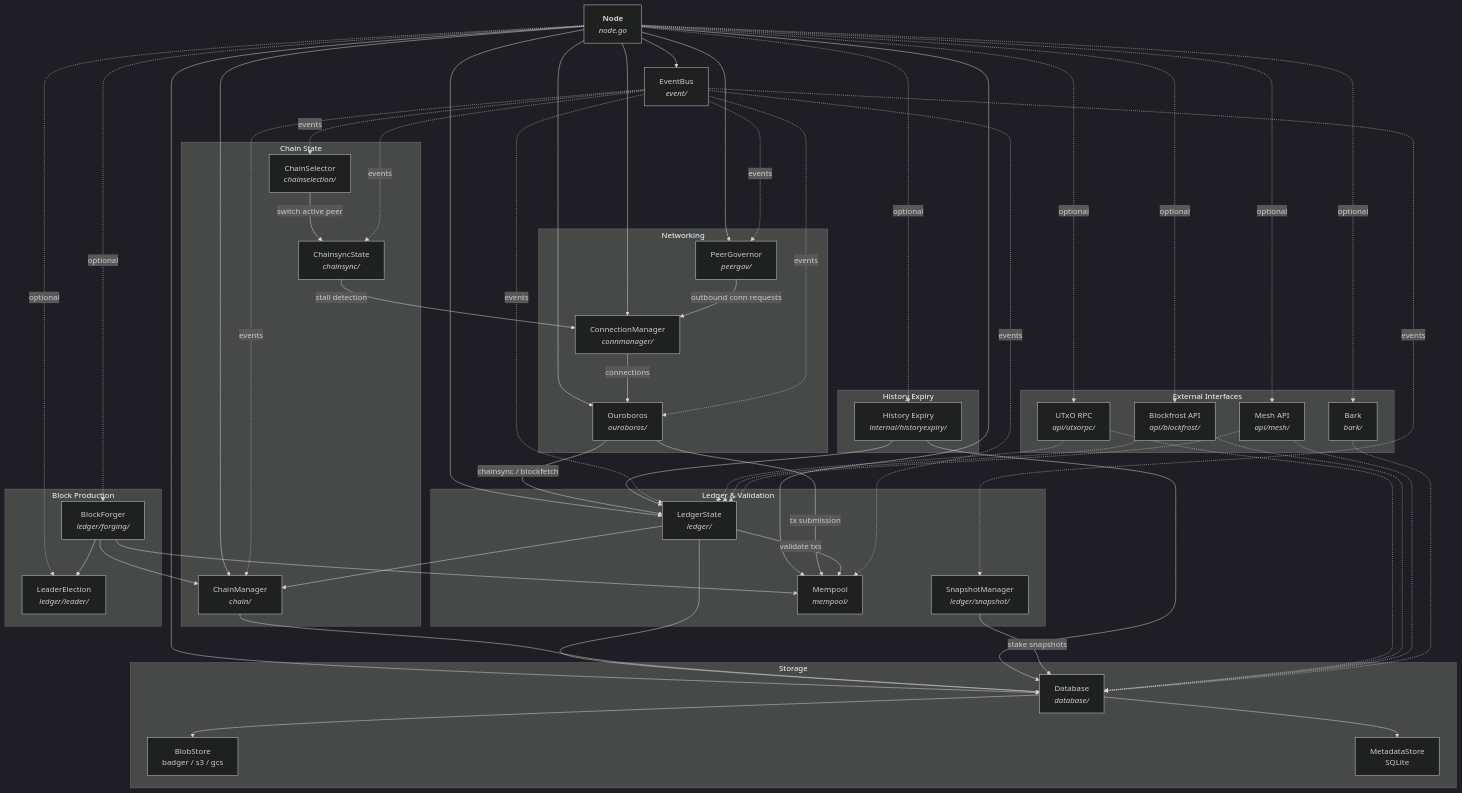
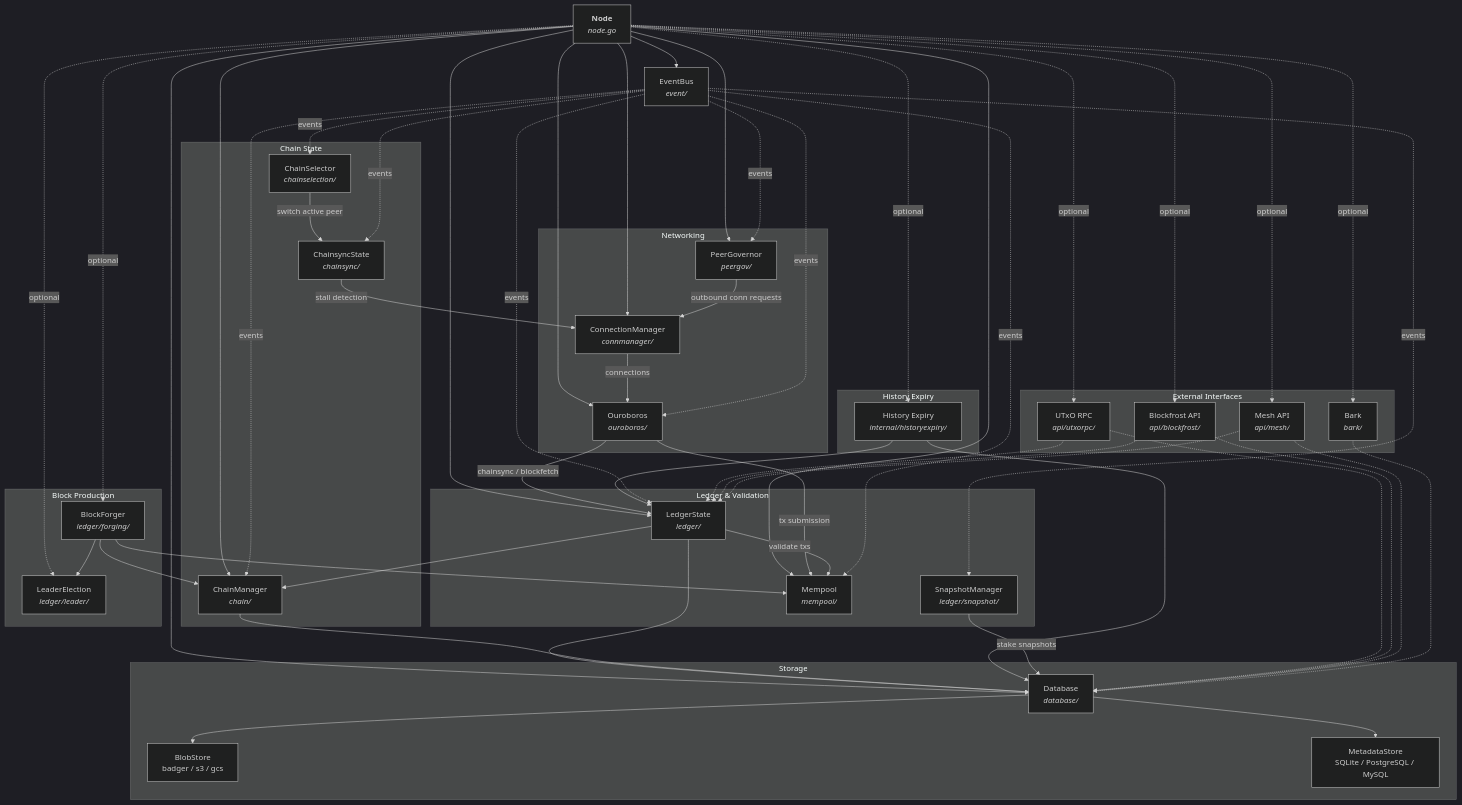
The first of 5 diagrams in ARCHITECTURE.md (blinklabs-io/dingo), drawn with Mermaid (dark theme) before and after one commit. The commit also changed 12 other files, not shown here.

````diff
--- a/ARCHITECTURE.md
+++ b/ARCHITECTURE.md
@@ -126,67 +126,67 @@
 ```mermaid
 graph TB
     Node["<b>Node</b><br/><i>node.go</i>"]
 
     subgraph Networking
         CM["ConnectionManager<br/><i>connmanager/</i>"]
         PG["PeerGovernor<br/><i>peergov/</i>"]
         OB["Ouroboros<br/><i>ouroboros/</i>"]
     end
 
     subgraph "Chain State"
         ChM["ChainManager<br/><i>chain/</i>"]
         CS["ChainsyncState<br/><i>chainsync/</i>"]
         CSel["ChainSelector<br/><i>chainselection/</i>"]
     end
 
     subgraph "Ledger & Validation"
         LS["LedgerState<br/><i>ledger/</i>"]
         SM["SnapshotManager<br/><i>ledger/snapshot/</i>"]
         MP["Mempool<br/><i>mempool/</i>"]
     end
 
     subgraph "Block Production"
         BF["BlockForger<br/><i>ledger/forging/</i>"]
         LE["LeaderElection<br/><i>ledger/leader/</i>"]
     end
 
     subgraph Storage
         DB["Database<br/><i>database/</i>"]
         Blob["BlobStore<br/>badger / s3 / gcs"]
-        Meta["MetadataStore<br/>SQLite"]
+        Meta["MetadataStore<br/>SQLite / PostgreSQL / MySQL"]
     end
 
     subgraph "External Interfaces"
         URPC["UTxO RPC<br/><i>api/utxorpc/</i>"]
         BFA["Blockfrost API<br/><i>api/blockfrost/</i>"]
         Mesh["Mesh API<br/><i>api/mesh/</i>"]
         Bark["Bark<br/><i>bark/</i>"]
     end
 
     subgraph "History Expiry"
         HExpiry["History Expiry<br/><i>internal/historyexpiry/</i>"]
     end
 
     EB["EventBus<br/><i>event/</i>"]
 
     Node --> CM & PG & OB & ChM & LS & MP & DB & EB
     Node -.->|"optional"| BF & LE & URPC & BFA & Mesh & Bark & HExpiry
 
     PG -->|"outbound conn requests"| CM
     CM -->|"connections"| OB
     OB -->|"chainsync / blockfetch"| LS
     OB -->|"tx submission"| MP
     LS --> ChM & DB
     LS -->|"validate txs"| MP
     ChM --> DB
     DB --> Blob & Meta
     HExpiry --> LS & DB
     BF --> LE & MP & ChM
     SM -->|"stake snapshots"| DB
     CSel -->|"switch active peer"| CS
     CS -->|"stall detection"| CM
 
     EB -.->|"events"| LS & ChM & CS & CSel & PG & SM & OB & MP
     URPC & BFA & Mesh -.-> LS & DB
     Bark -.-> DB
 ```
````
